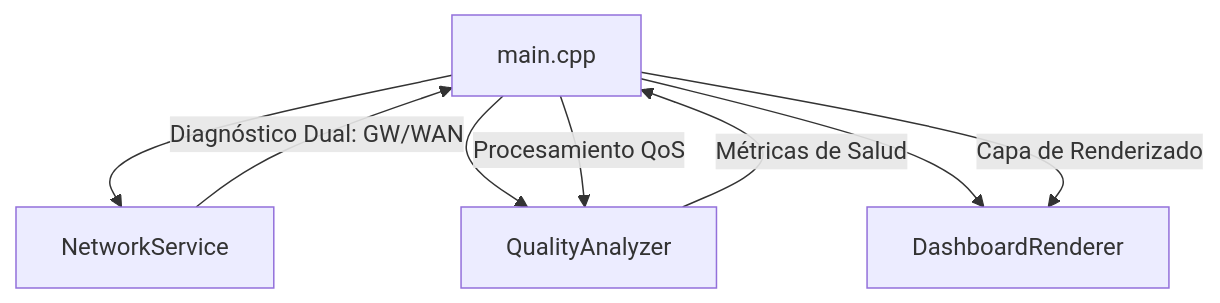
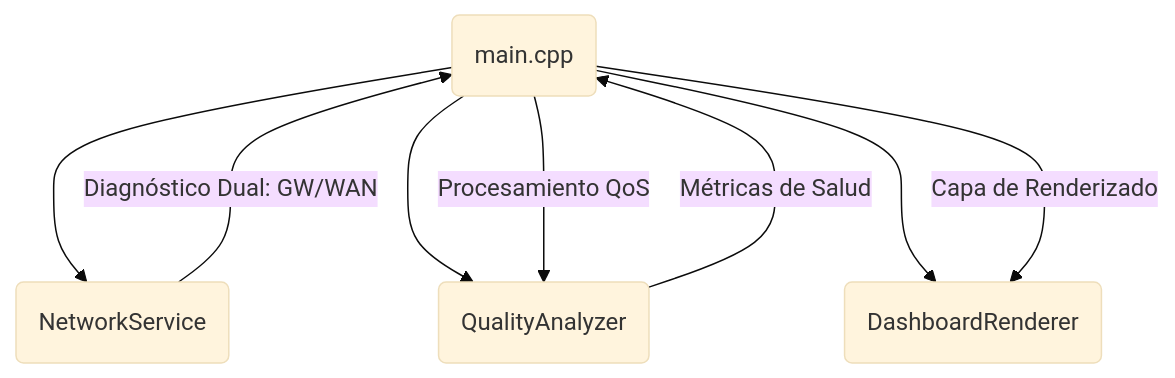
The diagram in README.md (CCuetoC/wifi-quality-monitor-esp32c6), drawn with Mermaid before and after one commit.

Commit message:
docs: mejorar estética del diagrama de arquitectura en Mermaid

````diff
--- a/README.md
+++ b/README.md
@@ -69,11 +69,12 @@
 ```mermaid
+%%{init: {'theme': 'base', 'themeVariables': { 'edgeFontSize': '9px'}}}%%
 graph TD
-    A[main.cpp] --> B[NetworkService]
-    A --> C[QualityAnalyzer]
-    A --> D[DashboardRenderer]
+    A(main.cpp) ---> B(NetworkService)
+    A ---> C(QualityAnalyzer)
+    A ---> D(DashboardRenderer)
     
-    B -->|Diagnóstico Dual: GW/WAN| A
-    A -->|Procesamiento QoS| C
-    C -->|Métricas de Salud| A
-    A -->|Capa de Renderizado| D
+    B -- "Diagnóstico Dual: GW/WAN" ---> A
+    A -- "Procesamiento QoS" ---> C
+    C -- "Métricas de Salud" ---> A
+    A -- "Capa de Renderizado" ---> D
 ```
````
